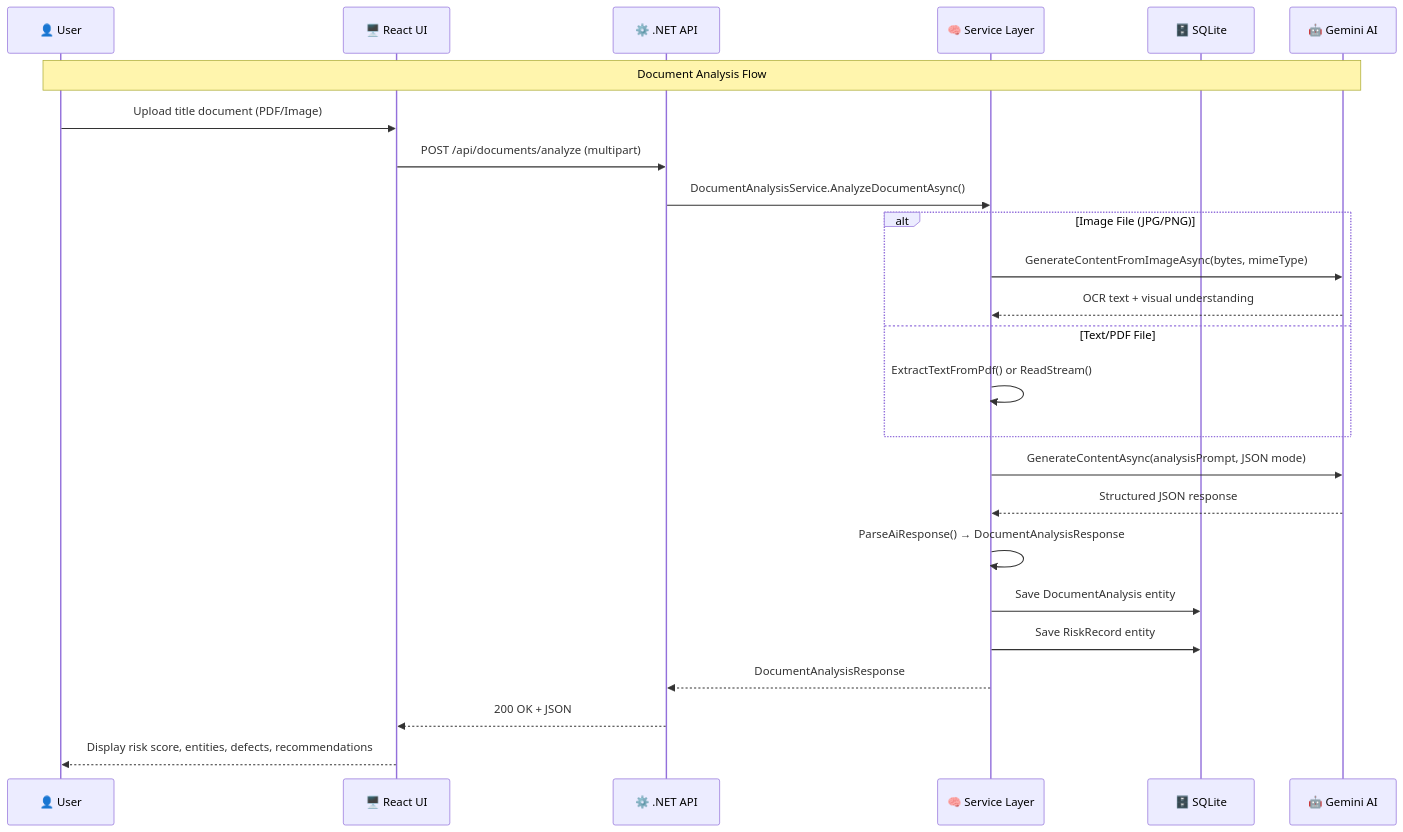
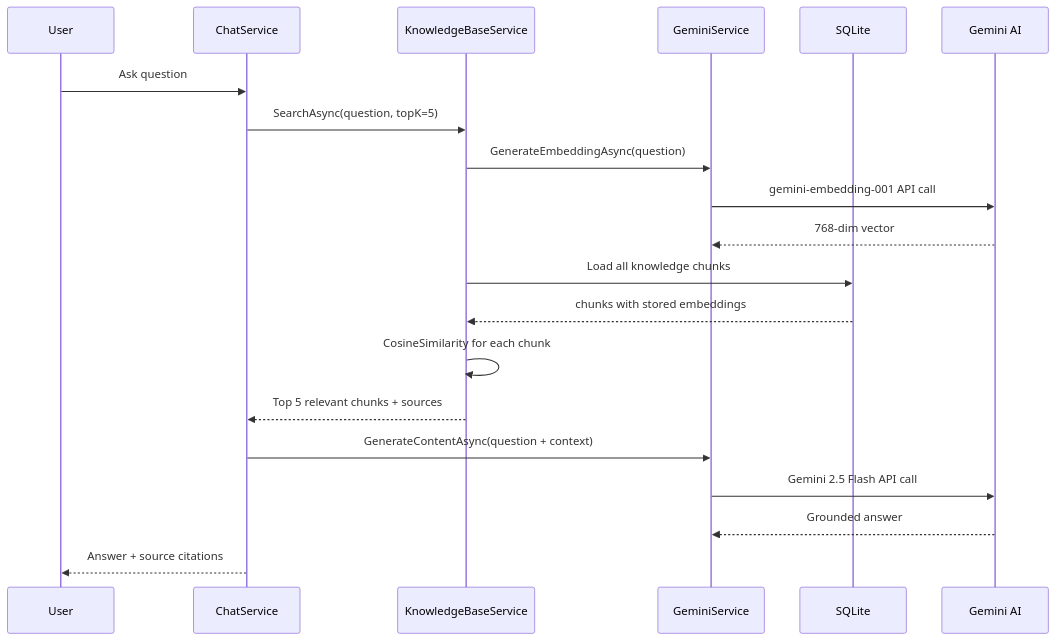
Before and after one commit to SahilShaikhStewart/StewartAI: the third of 3 diagrams in ARCHITECTURE_DESIGN.md, drawn with Mermaid. The commit also changed other lines of this file, not shown here.

Commit message:
Trim to 3 focused diagrams

````diff
--- a/ARCHITECTURE_DESIGN.md
+++ b/ARCHITECTURE_DESIGN.md
@@ -279,31 +82,23 @@
 ```mermaid
 sequenceDiagram
-    participant U as 👤 User
-    participant UI as 🖥️ React UI
-    participant API as ⚙️ .NET API
-    participant SVC as 🧠 Service Layer
-    participant DB as 🗄️ SQLite
-    participant GCP as 🤖 Gemini AI
+    participant U as User
+    participant CS as ChatService
+    participant KB as KnowledgeBaseService
+    participant GS as GeminiService
+    participant DB as SQLite
+    participant AI as Gemini AI
 
-    Note over U,GCP: Document Analysis Flow
-
-    U->>UI: Upload title document (PDF/Image)
-    UI->>API: POST /api/documents/analyze (multipart)
-    API->>SVC: DocumentAnalysisService.AnalyzeDocumentAsync()
-
-    alt Image File (JPG/PNG)
-        SVC->>GCP: GenerateContentFromImageAsync(bytes, mimeType)
-        GCP-->>SVC: OCR text + visual understanding
-    else Text/PDF File
-        SVC->>SVC: ExtractTextFromPdf() or ReadStream()
-    end
-
-    SVC->>GCP: GenerateContentAsync(analysisPrompt, JSON mode)
-    GCP-->>SVC: Structured JSON response
-    SVC->>SVC: ParseAiResponse() → DocumentAnalysisResponse
-    SVC->>DB: Save DocumentAnalysis entity
-    SVC->>DB: Save RiskRecord entity
-    SVC-->>API: DocumentAnalysisResponse
-    API-->>UI: 200 OK + JSON
-    UI-->>U: Display risk score, entities, defects, recommendations
+    U->>CS: Ask question
+    CS->>KB: SearchAsync(question, topK=5)
+    KB->>GS: GenerateEmbeddingAsync(question)
+    GS->>AI: gemini-embedding-001 API call
+    AI-->>GS: 768-dim vector
+    KB->>DB: Load all knowledge chunks
+    DB-->>KB: chunks with stored embeddings
+    KB->>KB: CosineSimilarity for each chunk
+    KB-->>CS: Top 5 relevant chunks + sources
+    CS->>GS: GenerateContentAsync(question + context)
+    GS->>AI: Gemini 2.5 Flash API call
+    AI-->>GS: Grounded answer
+    CS-->>U: Answer + source citations
 ```
````
